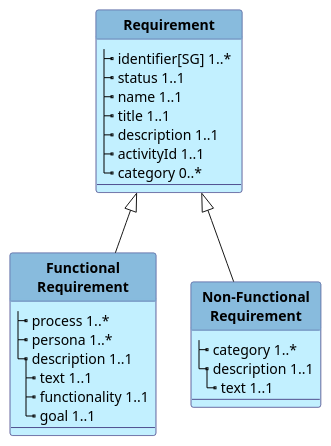
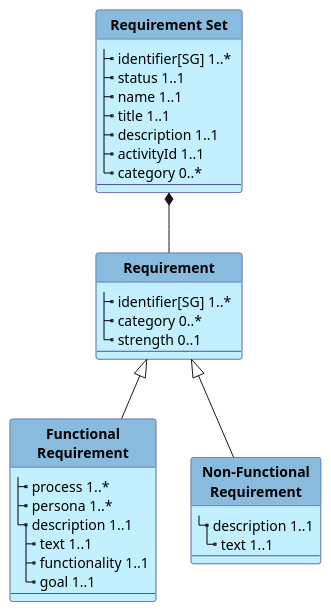
Before and after one commit to WorldHealthOrganization/smart-ig-starter-kit: the diagram in input/images-source/model_requirements.plantuml, drawn with PlantUML. The commit also changed 6 other files, not shown here.

```diff
--- a/input/images-source/model_requirements.plantuml
+++ b/input/images-source/model_requirements.plantuml
@@ -1,52 +1,59 @@
 @startuml
 'skinparam linetype ortho
 skinparam linetype polyline
 hide circle
 hide stereotype
 
 '!pragma layout smetana
 
 skinparam class<<MD>> {
  BorderColor DarkSlateGray
  BackgroundColor WhiteSmoke
  HeaderBackgroundColor #909090
 }
 
 skinparam class<<TM>> {
  BorderColor #505090
  BackgroundColor APPLICATION
  HeaderBackgroundColor #8bd
 }
 
-class "**Requirement**" as R<<TM>> {
+class "**Requirement Set**" as RS<<TM>> {
     |_ identifier[SG] 1..*   
     |_ status 1..1
     |_ name 1..1
     |_ title 1..1
     |_ description 1..1
     |_ activityId 1..1  
     |_ category 0..*
+    --
+}
+
+class "**Requirement**" as R<<TM>> {
+    |_ identifier[SG] 1..*   
+    |_ category 0..*
+    |_ strength 0..1
     --
 }
 
 class "**Functional**\n**Requirement**" as FR<<TM>> {
     |_ process 1..*
     |_ persona 1..*
     |_ description 1..1  
       |_ text 1..1  
       |_ functionality 1..1  
       |_ goal 1..1  
     --
 }
 
 class "**Non-Functional**\n**Requirement**" as NFR<<TM>> {
-    |_ category 1..*
     |_ description 1..1  
       |_ text 1..1  
     --
 }
 
+R -u-* RS
 FR -u-|> R
 NFR -u-|> R
 
 @enduml
```
